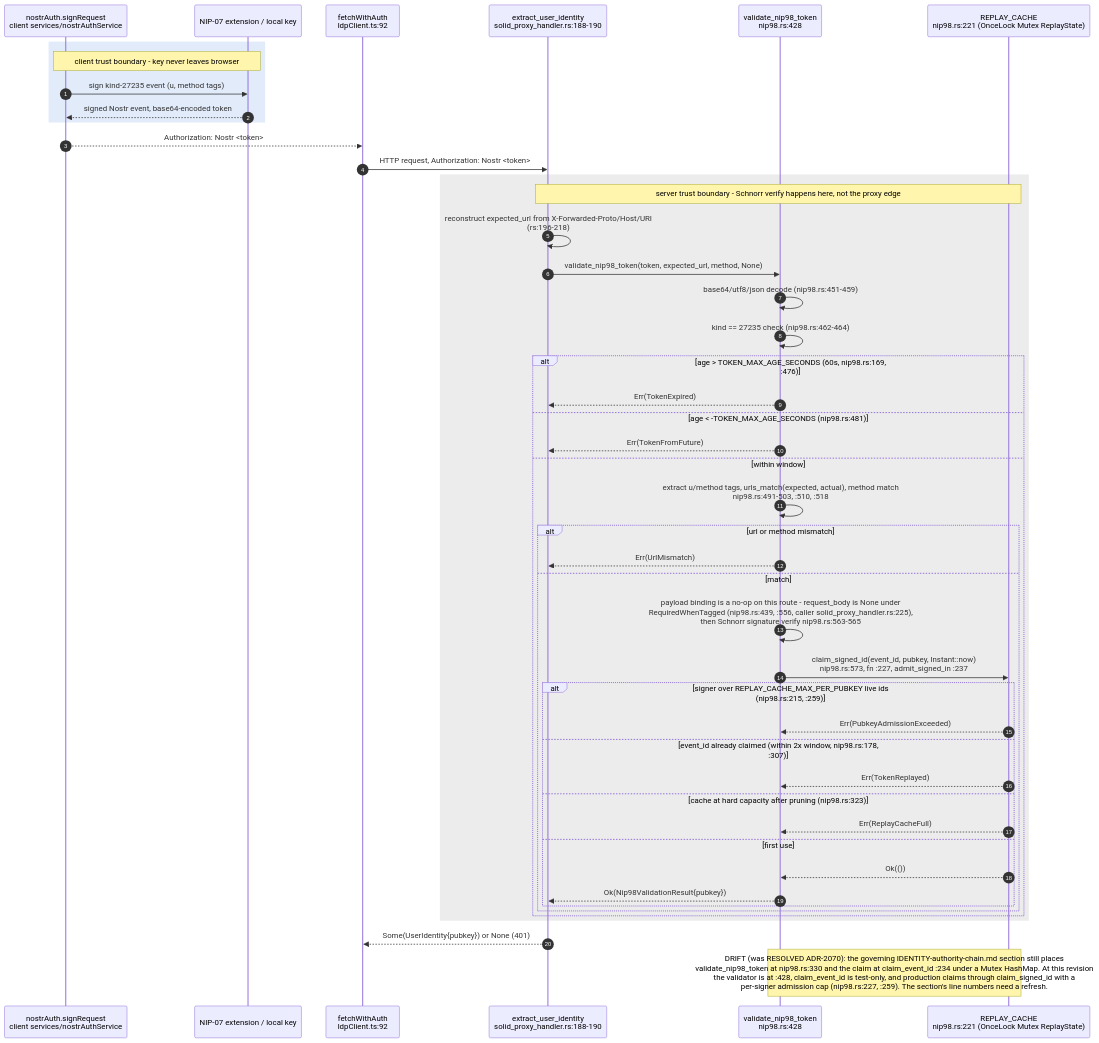
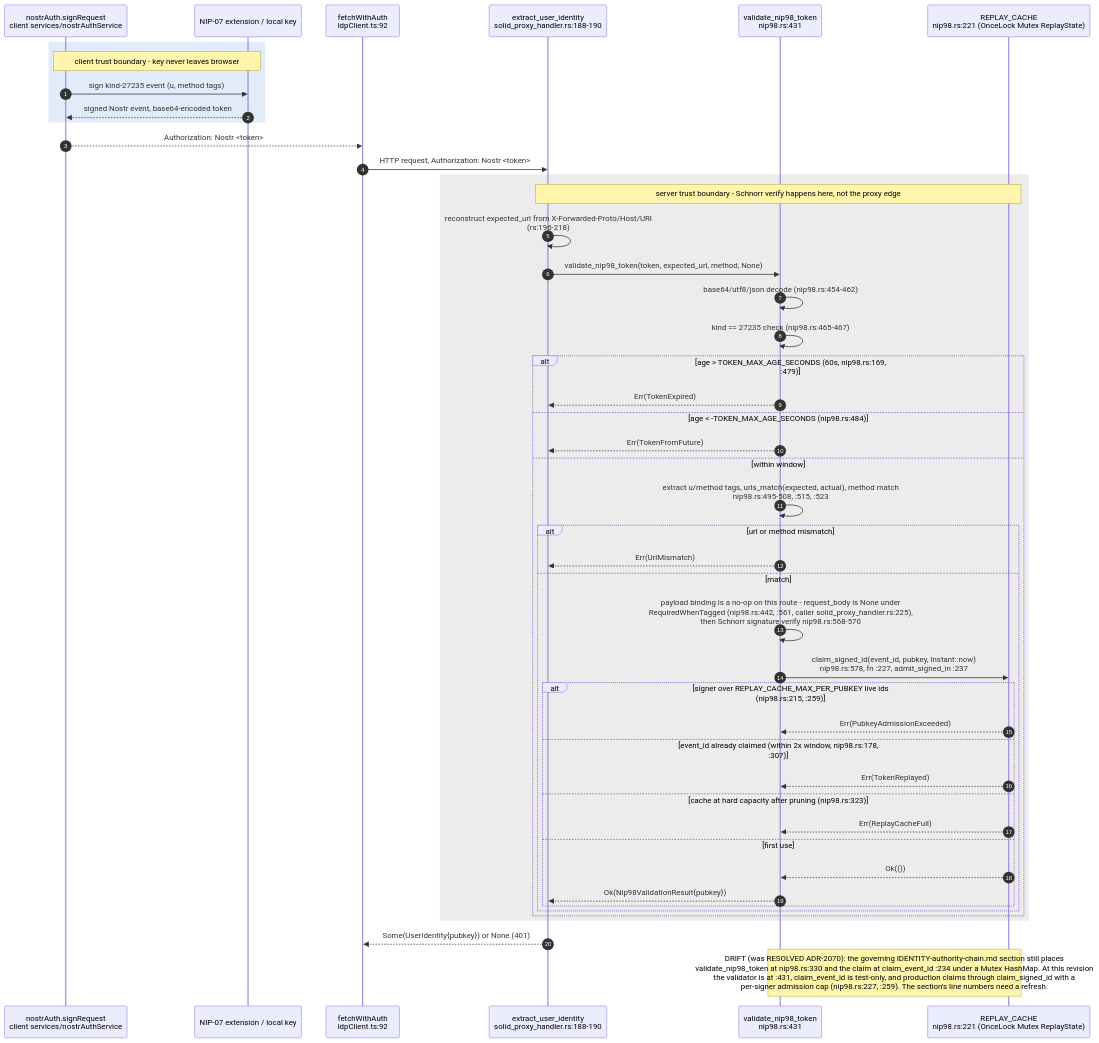
One commit to DreamLab-AI/VisionFlow changed the fourth of 13 diagrams in docs/diagrams/visionclaw/26-solid-pod-and-jss.md. Above: the diagram before and after it, drawn with Mermaid. The commit also changed other lines of this file and 7 other files, not shown here.

First line of the commit message:
diagrams(visionclaw): re-verify VC-25..28 and VC-30..33 at visionclaw 4900ec60b, agentbox 59b1aca1c

````diff
--- a/docs/diagrams/visionclaw/26-solid-pod-and-jss.md
+++ b/docs/diagrams/visionclaw/26-solid-pod-and-jss.md
@@ -173,51 +178,51 @@
 ```mermaid
 sequenceDiagram
     autonumber
     participant NA as nostrAuth.signRequest<br/>client services/nostrAuthService
     participant EXT as NIP-07 extension / local key
     rect rgb(225,235,250)
     Note over NA,EXT: client trust boundary - key never leaves browser
     NA->>EXT: sign kind-27235 event (u, method tags)
     EXT-->>NA: signed Nostr event, base64-encoded token
     end
     NA-->>ldp: Authorization: Nostr <token>
 
     participant ldp as fetchWithAuth<br/>ldpClient.ts:92
     participant AUTH as extract_user_identity<br/>solid_proxy_handler.rs:188-190
-    participant VAL as validate_nip98_token<br/>nip98.rs:428
+    participant VAL as validate_nip98_token<br/>nip98.rs:431
     participant CACHE as REPLAY_CACHE<br/>nip98.rs:221 (OnceLock Mutex ReplayState)
 
     ldp->>AUTH: HTTP request, Authorization: Nostr <token>
     rect rgb(236,236,236)
     Note over AUTH,CACHE: server trust boundary - Schnorr verify happens here, not the proxy edge
     AUTH->>AUTH: reconstruct expected_url from X-Forwarded-Proto/Host/URI<br/>(rs:196-218)
     AUTH->>VAL: validate_nip98_token(token, expected_url, method, None)
-    VAL->>VAL: base64/utf8/json decode (nip98.rs:451-459)
-    VAL->>VAL: kind == 27235 check (nip98.rs:462-464)
-    alt age > TOKEN_MAX_AGE_SECONDS (60s, nip98.rs:169, :476)
+    VAL->>VAL: base64/utf8/json decode (nip98.rs:454-462)
+    VAL->>VAL: kind == 27235 check (nip98.rs:465-467)
+    alt age > TOKEN_MAX_AGE_SECONDS (60s, nip98.rs:169, :479)
         VAL-->>AUTH: Err(TokenExpired)
-    else age < -TOKEN_MAX_AGE_SECONDS (nip98.rs:481)
+    else age < -TOKEN_MAX_AGE_SECONDS (nip98.rs:484)
         VAL-->>AUTH: Err(TokenFromFuture)
     else within window
-        VAL->>VAL: extract u/method tags, urls_match(expected, actual), method match<br/>nip98.rs:491-503, :510, :518
+        VAL->>VAL: extract u/method tags, urls_match(expected, actual), method match<br/>nip98.rs:495-508, :515, :523
         alt url or method mismatch
             VAL-->>AUTH: Err(UrlMismatch)
         else match
-            VAL->>VAL: payload binding is a no-op on this route - request_body is None under<br/>RequiredWhenTagged (nip98.rs:439, :556, caller solid_proxy_handler.rs:225),<br/>then Schnorr signature verify nip98.rs:563-565
-            VAL->>CACHE: claim_signed_id(event_id, pubkey, Instant::now)<br/>nip98.rs:573, fn :227, admit_signed_in :237
+            VAL->>VAL: payload binding is a no-op on this route - request_body is None under<br/>RequiredWhenTagged (nip98.rs:442, :561, caller solid_proxy_handler.rs:225),<br/>then Schnorr signature verify nip98.rs:568-570
+            VAL->>CACHE: claim_signed_id(event_id, pubkey, Instant::now)<br/>nip98.rs:578, fn :227, admit_signed_in :237
             alt signer over REPLAY_CACHE_MAX_PER_PUBKEY live ids (nip98.rs:215, :259)
                 CACHE-->>VAL: Err(PubkeyAdmissionExceeded)
             else event_id already claimed (within 2x window, nip98.rs:178, :307)
                 CACHE-->>VAL: Err(TokenReplayed)
             else cache at hard capacity after pruning (nip98.rs:323)
                 CACHE-->>VAL: Err(ReplayCacheFull)
             else first use
                 CACHE-->>VAL: Ok(())
                 VAL-->>AUTH: Ok(Nip98ValidationResult{pubkey})
             end
         end
     end
     end
     AUTH-->>ldp: Some(UserIdentity{pubkey}) or None (401)
-    Note over VAL,CACHE: DRIFT (was RESOLVED ADR-2070): the governing IDENTITY-authority-chain.md section still places<br/>validate_nip98_token at nip98.rs:330 and the claim at claim_event_id :234 under a Mutex HashMap. At this revision<br/>the validator is at :428, claim_event_id is test-only, and production claims through claim_signed_id with a<br/>per-signer admission cap (nip98.rs:227, :259). The section's line numbers need a refresh.
+    Note over VAL,CACHE: DRIFT (was RESOLVED ADR-2070): the governing IDENTITY-authority-chain.md section still places<br/>validate_nip98_token at nip98.rs:330 and the claim at claim_event_id :234 under a Mutex HashMap. At this revision<br/>the validator is at :431, claim_event_id is test-only, and production claims through claim_signed_id with a<br/>per-signer admission cap (nip98.rs:227, :259). The section's line numbers need a refresh.
 ```
````
